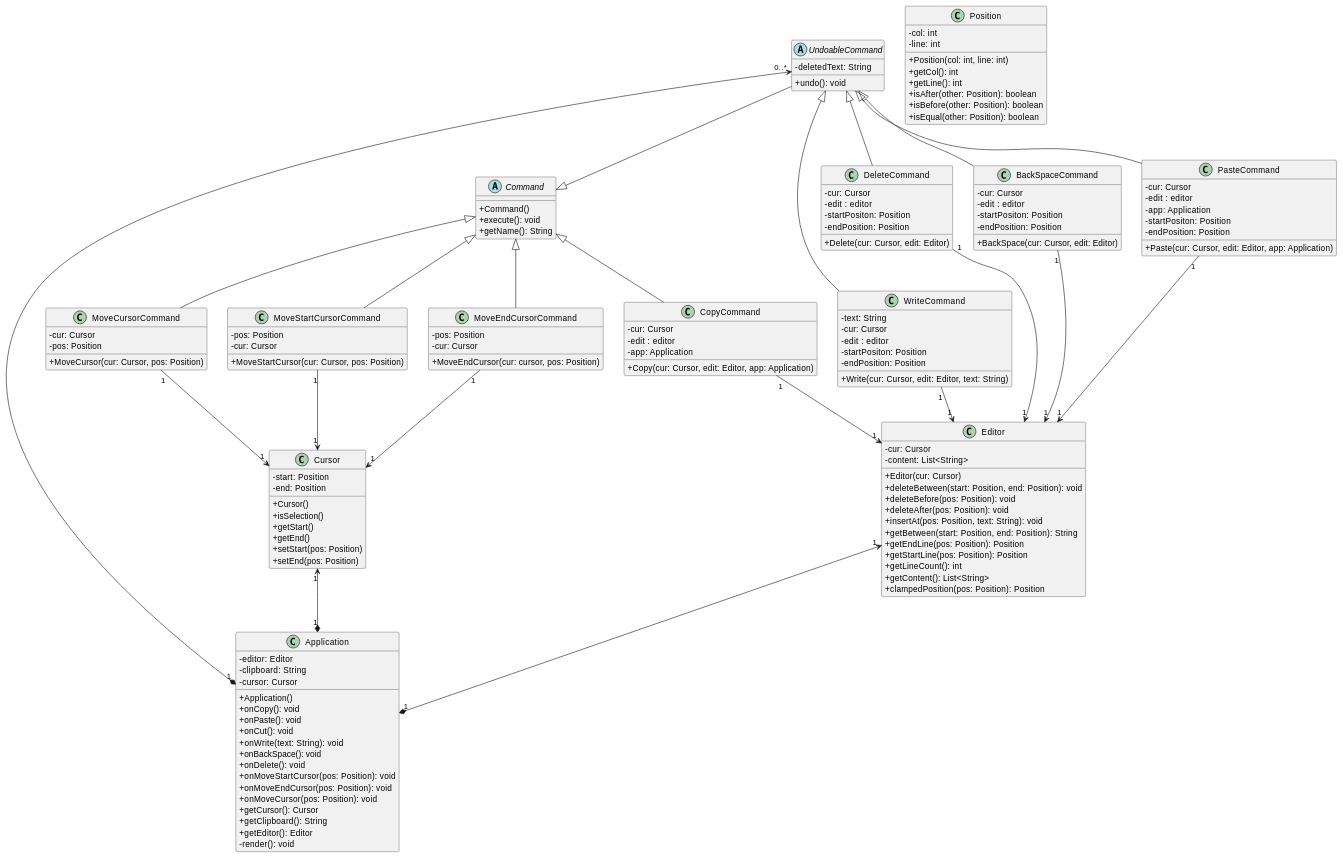
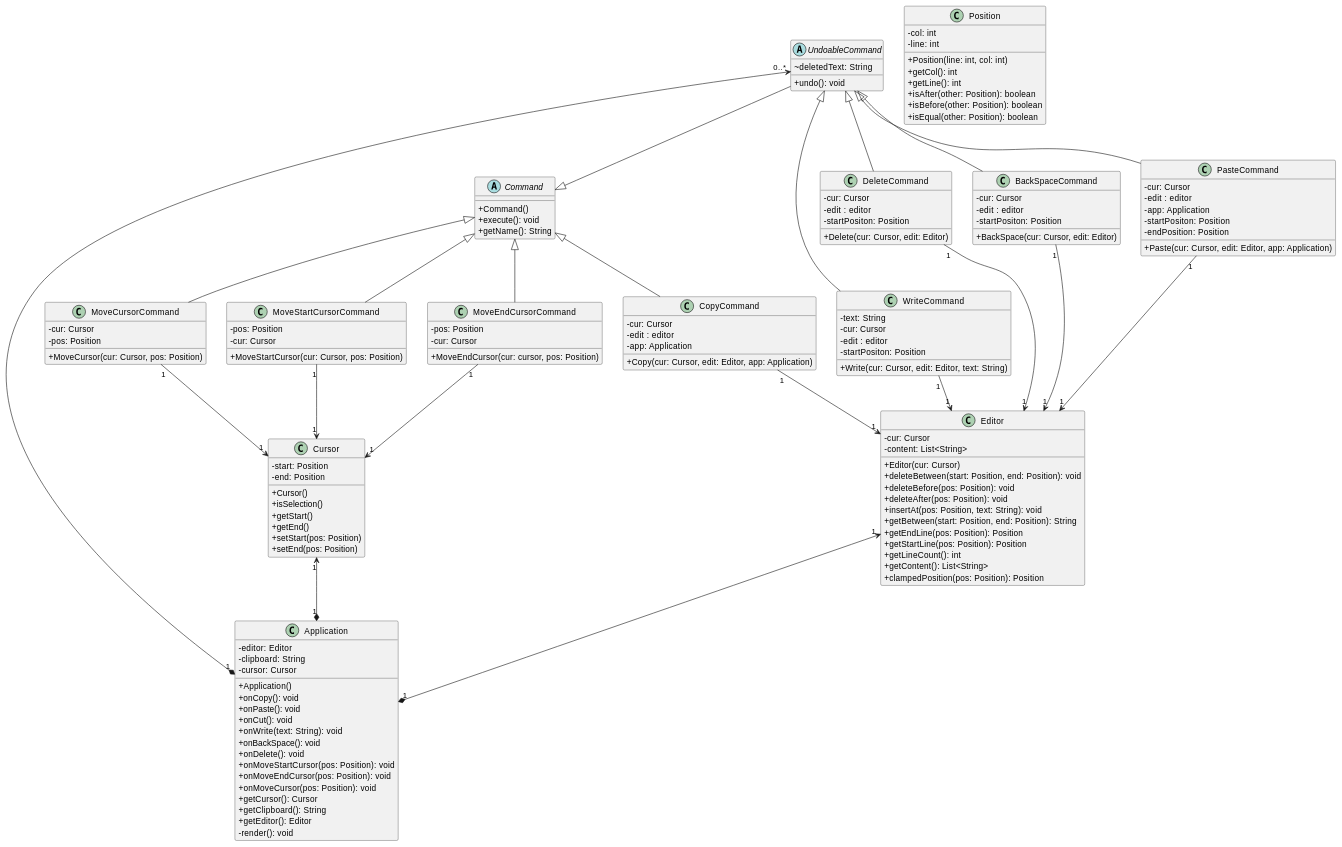
Before and after one commit to CodyAdam/another-useless-text-editor: the fourth of 6 diagrams in README.md, drawn with PlantUML. The commit also changed other lines of this file, not shown here.

Commit message:
Final version of class diagramm
fix Position inversion mistake

```diff
--- a/README.md
+++ b/README.md
@@ -441,7 +441,7 @@
     }
 
     Abstract UndoableCommand{
-        -deletedText: String
+        ~deletedText: String
         +undo(): void
     }
     
@@ -459,7 +459,7 @@
     class Position{
         -col: int
         -line: int
-        +Position(col: int, line: int)
+        +Position(line: int, col: int)
         +getCol(): int
         +getLine(): int
         +isAfter(other: Position): boolean
@@ -472,7 +472,6 @@
         -cur: Cursor
         -edit : editor
         -startPositon: Position
-        -endPosition: Position
         +Write(cur: Cursor, edit: Editor, text: String)
     }
 
@@ -480,7 +479,6 @@
         -cur: Cursor
         -edit : editor
         -startPositon: Position
-        -endPosition: Position
         +Delete(cur: Cursor, edit: Editor)
     }
 
@@ -488,7 +486,6 @@
         -cur: Cursor
         -edit : editor
         -startPositon: Position
-        -endPosition: Position
         +BackSpace(cur: Cursor, edit: Editor)
     }
 
```
